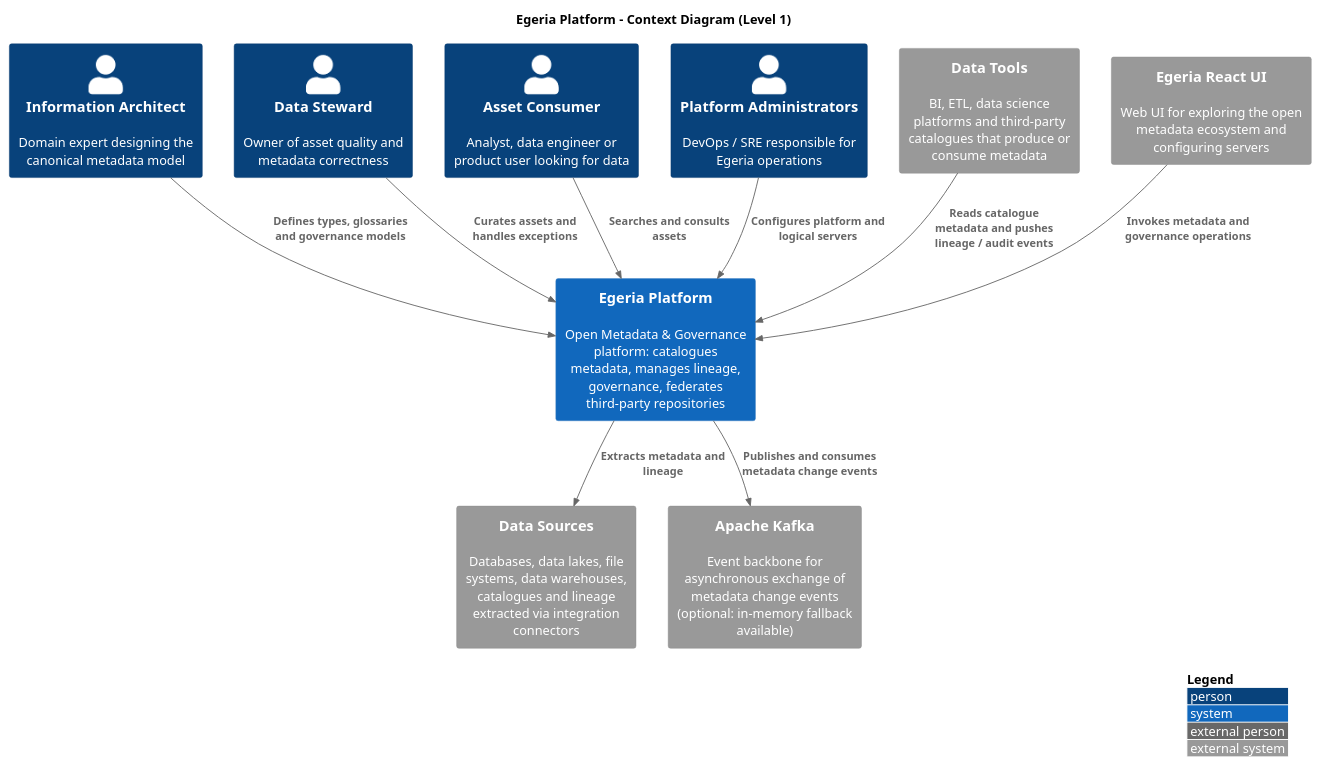
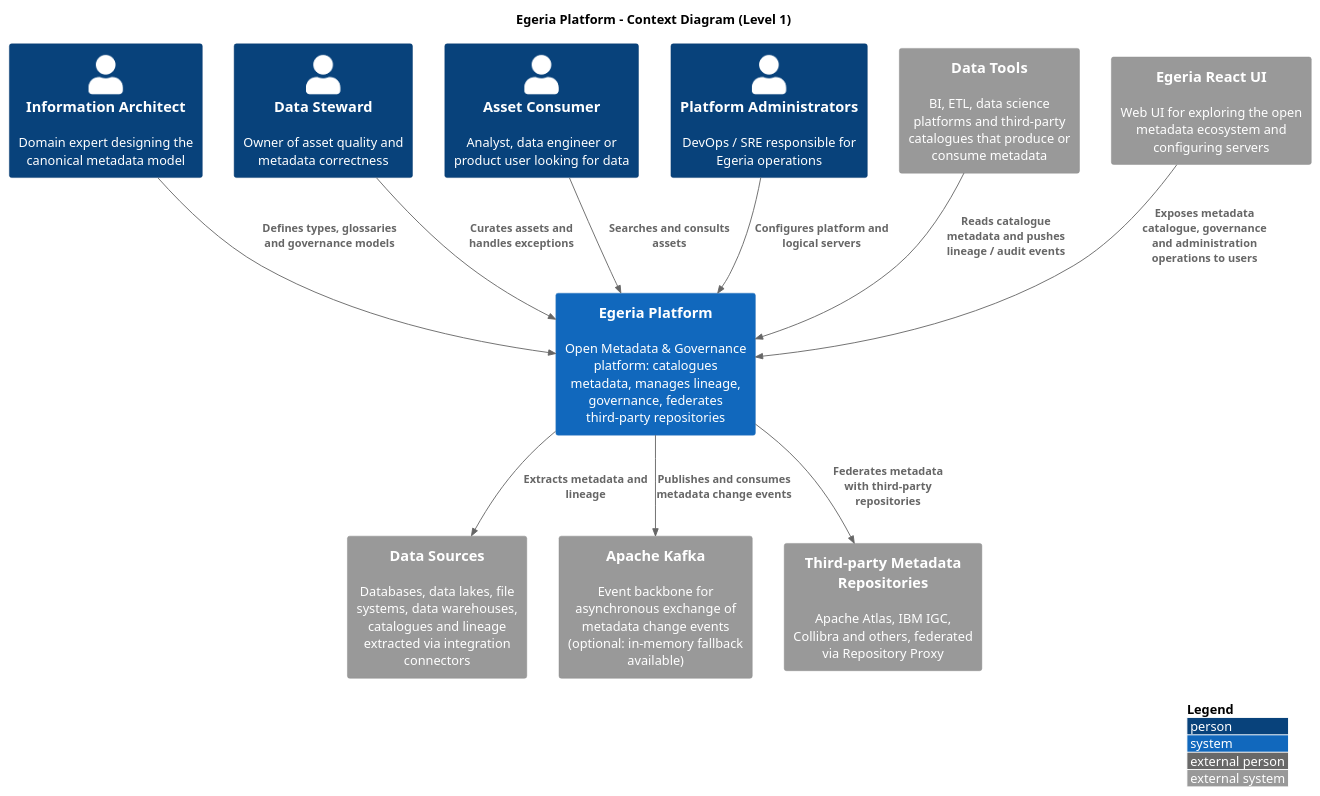
Before and after one commit to PoliTO-SwDA-2026-Team18/project: the diagram in diagrams/c4/context.puml, drawn with PlantUML. The commit also changed 1 other file, not shown here.

Commit message:
fix: added missing external system in context diagram

```diff
--- a/diagrams/c4/context.puml
+++ b/diagrams/c4/context.puml
@@ -1,32 +1,32 @@
 @startuml C4_Context_Egeria
 !include https://raw.githubusercontent.com/plantuml-stdlib/C4-PlantUML/master/C4_Context.puml
 
 LAYOUT_WITH_LEGEND()
 
 title Egeria Platform - Context Diagram (Level 1)
 
 Person(architect, "Information Architect", "Domain expert designing the canonical metadata model")
 Person(steward,   "Data Steward",          "Owner of asset quality and metadata correctness")
 Person(consumer,  "Asset Consumer",        "Analyst, data engineer or product user looking for data")
 Person(admin,     "Platform Administrators","DevOps / SRE responsible for Egeria operations")
 
 System(egeria, "Egeria Platform", "Open Metadata & Governance platform: catalogues metadata, manages lineage, governance, federates third-party repositories")
 
 System_Ext(dataSources,   "Data Sources", "Databases, data lakes, file systems, data warehouses, catalogues and lineage extracted via integration connectors")
 System_Ext(externalTools, "Data Tools",   "BI, ETL, data science platforms and third-party catalogues that produce or consume metadata")
-System_Ext(kafka,         "Apache Kafka", "Event backbone for asynchronous exchange of metadata change events (optional: in-memory fallback available)")
-System_Ext(ui,            "Egeria React UI", "Web UI for exploring the open metadata ecosystem and configuring servers")
+System_Ext(kafka,         "Apache Kafka",                     "Event backbone for asynchronous exchange of metadata change events (optional: in-memory fallback available)")
+System_Ext(thirdPartyRepo,"Third-party Metadata Repositories","Apache Atlas, IBM IGC, Collibra and others, federated via Repository Proxy")
+System_Ext(ui,            "Egeria React UI",                  "Web UI for exploring the open metadata ecosystem and configuring servers")
 
 Rel(architect, egeria, "Defines types, glossaries and governance models")
 Rel(steward,   egeria, "Curates assets and handles exceptions")
 Rel(consumer,  egeria, "Searches and consults assets")
 Rel(admin,     egeria, "Configures platform and logical servers")
 
-Rel(egeria, dataSources,   "Extracts metadata and lineage")
-Rel(egeria, kafka,         "Publishes and consumes metadata change events")
-Rel(ui, egeria, "Invokes metadata and governance operations")
+Rel(egeria, dataSources,    "Extracts metadata and lineage")
+Rel(egeria, kafka,          "Publishes and consumes metadata change events")
+Rel(egeria, thirdPartyRepo, "Federates metadata with third-party repositories")
+Rel(ui, egeria, "Exposes metadata catalogue, governance and administration operations to users")
 Rel(externalTools, egeria, "Reads catalogue metadata and pushes lineage / audit events")
-' TODO: arrow direction: egeria ussually starts the interaction with the internal integration connectors (do pull of datasources and tools)
-' The external tools queries catalogue metadata (opposite direction)
 
 @enduml
```
